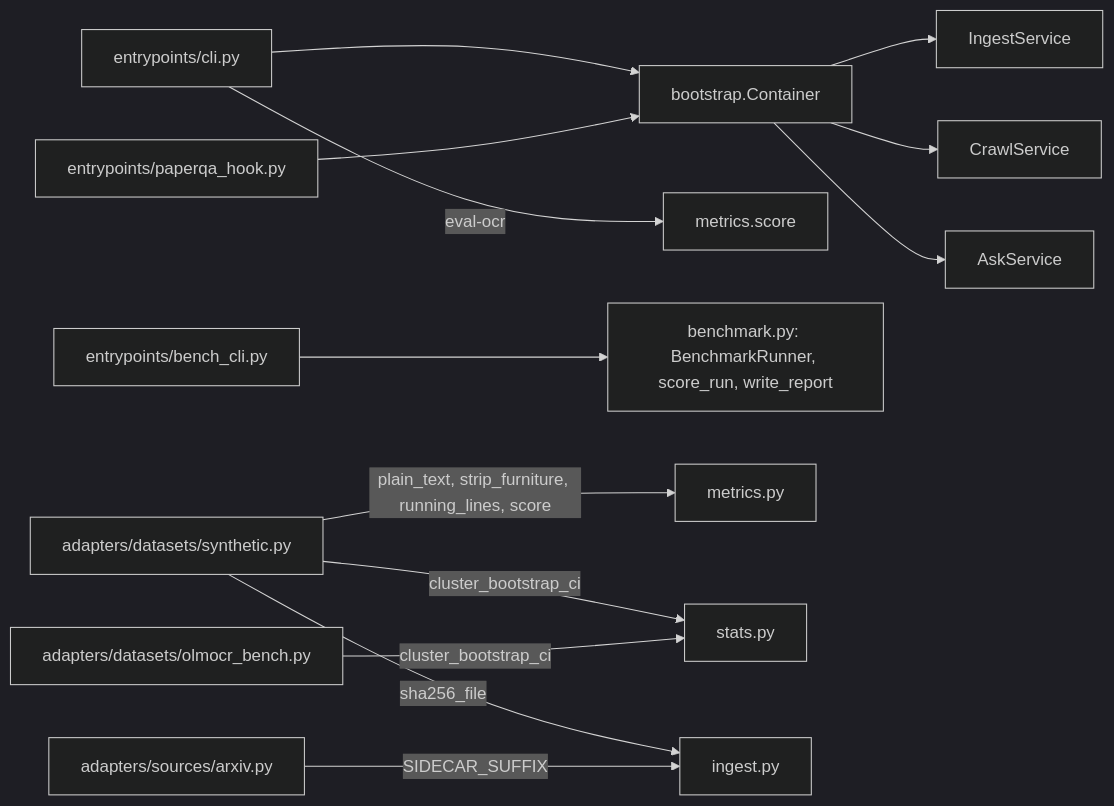
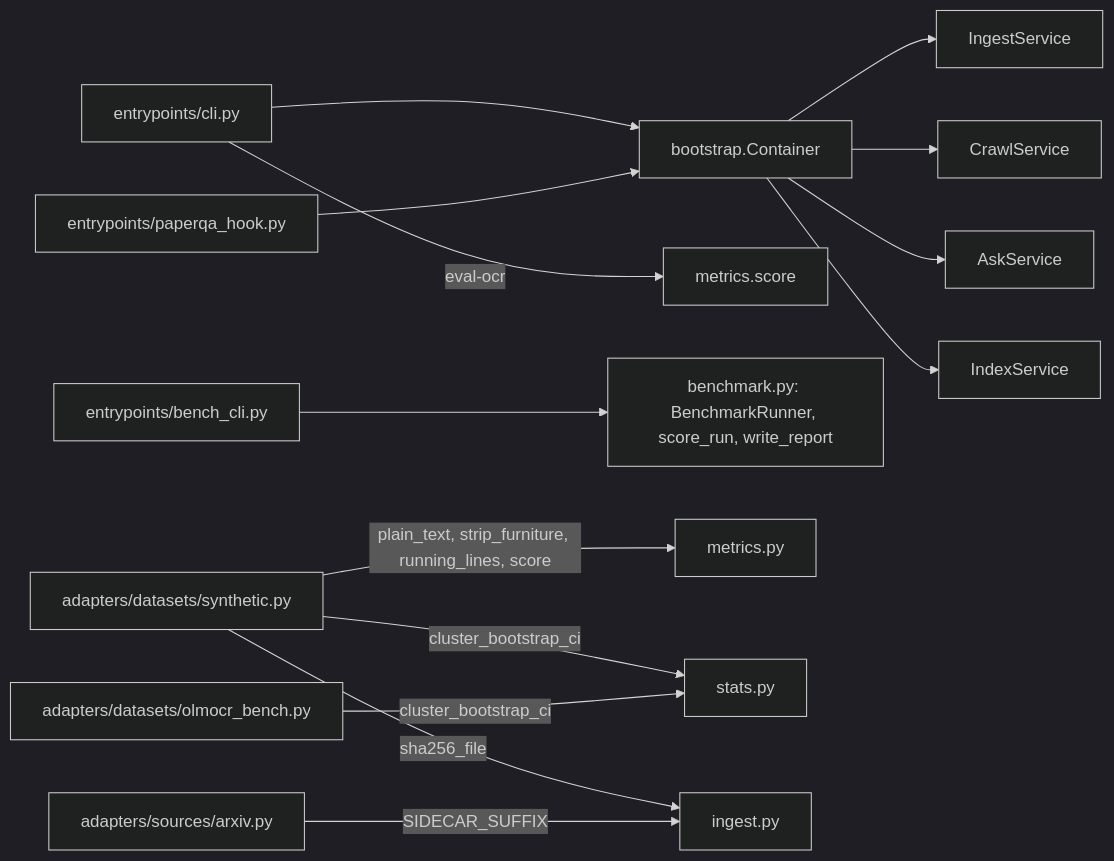
The second of 14 diagrams in packages/docingest/src/docingest/application/README.md (etxsA/doc-ingest), drawn with Mermaid (dark theme) before and after one commit. The commit also changed other lines of this file and 4 other files, not shown here.

First line of the commit message:
feat(application): IndexService builds the chunk index incrementally

````diff
--- a/packages/docingest/src/docingest/application/README.md
+++ b/packages/docingest/src/docingest/application/README.md
@@ -72,15 +77,16 @@
 ```mermaid
 flowchart LR
     CLI["entrypoints/cli.py"] --> CONT["bootstrap.Container"]
     HOOK["entrypoints/paperqa_hook.py"] --> CONT
     CONT --> ING["IngestService"]
     CONT --> CRAWL["CrawlService"]
     CONT --> ASK["AskService"]
+    CONT --> IDX["IndexService"]
     CLI -->|"eval-ocr"| SCORE["metrics.score"]
     BCLI["entrypoints/bench_cli.py"] --> RUN["benchmark.py: BenchmarkRunner, score_run, write_report"]
     SYN["adapters/datasets/synthetic.py"] -->|"plain_text, strip_furniture, running_lines, score"| MET["metrics.py"]
     SYN -->|"cluster_bootstrap_ci"| STATS["stats.py"]
     SYN -->|"sha256_file"| INGMOD["ingest.py"]
     OLM["adapters/datasets/olmocr_bench.py"] -->|"cluster_bootstrap_ci"| STATS
     ARX["adapters/sources/arxiv.py"] -->|"SIDECAR_SUFFIX"| INGMOD
 ```
````
